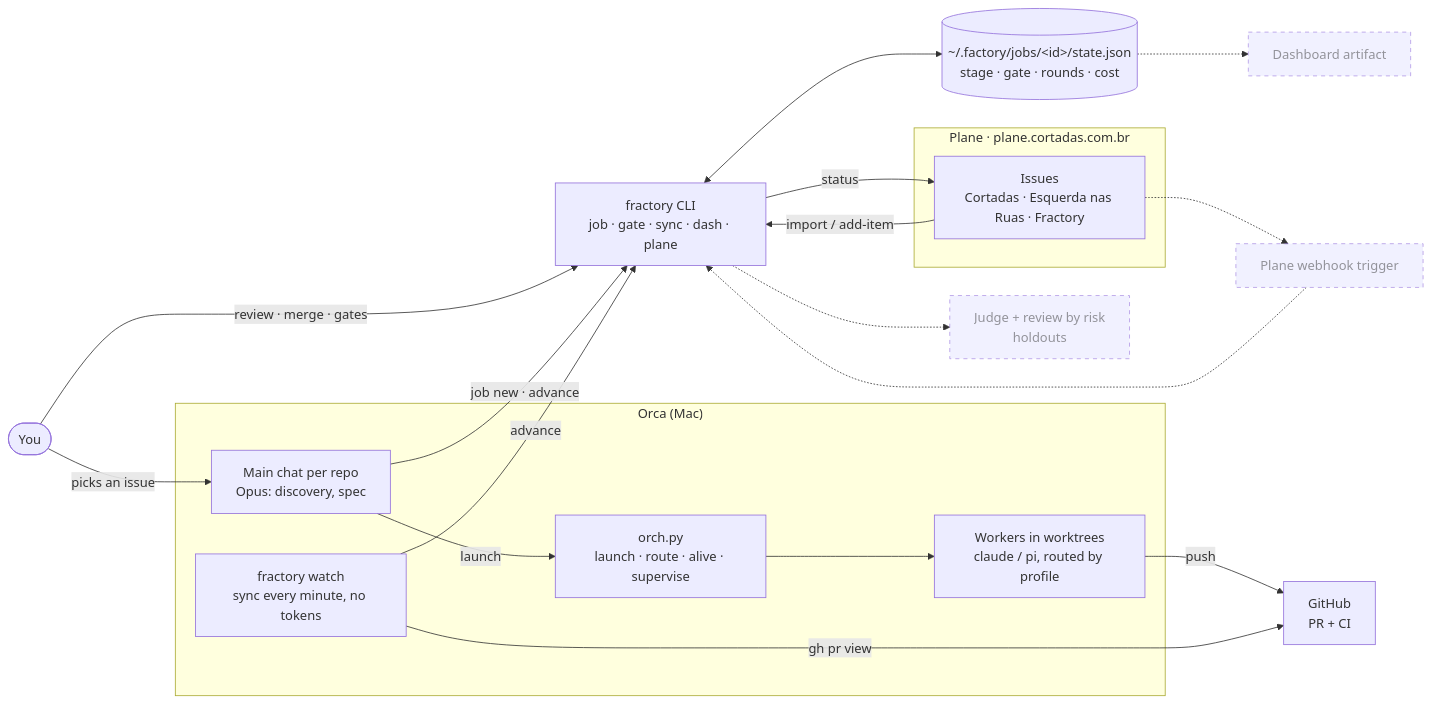
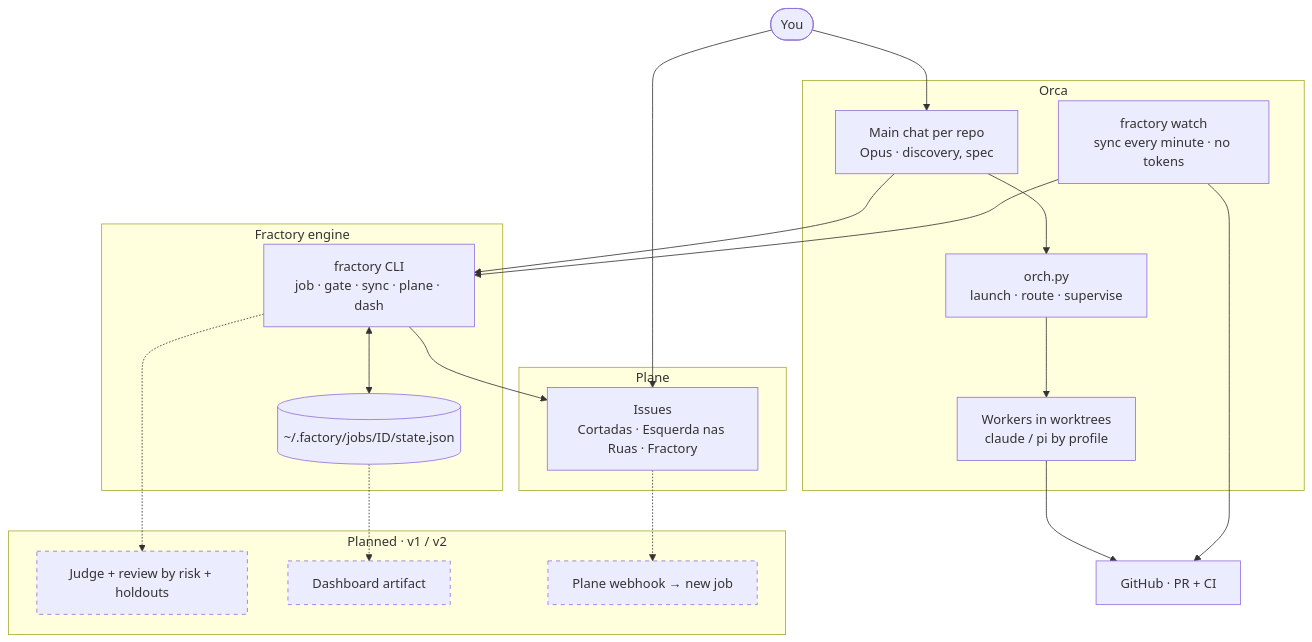
The diagram in README.md (frattezi/fractory), drawn with Mermaid before and after one commit. The commit also changed other lines of this file, not shown here.

Commit message:
README: redraw the pieces diagram top-down so it reads without zooming

````diff
--- a/README.md
+++ b/README.md
@@ -29,39 +29,44 @@
 ```mermaid
-flowchart LR
+flowchart TB
   you(["You"])
 
-  subgraph plane["Plane · plane.cortadas.com.br"]
+  subgraph track["Plane"]
     issues["Issues<br/>Cortadas · Esquerda nas Ruas · Fractory"]
   end
 
-  subgraph orca["Orca (Mac)"]
-    main["Main chat per repo<br/>Opus: discovery, spec"]
-    watch["fractory watch<br/>sync every minute, no tokens"]
-    workers["Workers in worktrees<br/>claude / pi, routed by profile"]
-    orch["orch.py<br/>launch · route · alive · supervise"]
+  subgraph orca["Orca"]
+    main["Main chat per repo<br/>Opus · discovery, spec"]
+    orch["orch.py<br/>launch · route · supervise"]
+    workers["Workers in worktrees<br/>claude / pi by profile"]
+    watch["fractory watch<br/>sync every minute · no tokens"]
   end
 
-  cli["fractory CLI<br/>job · gate · sync · dash · plane"]
-  state[("~/.factory/jobs/&lt;id&gt;/state.json<br/>stage · gate · rounds · cost")]
-  gh["GitHub<br/>PR + CI"]
+  subgraph engine["Fractory engine"]
+    cli["fractory CLI<br/>job · gate · sync · plane · dash"]
+    state[("~/.factory/jobs/ID/state.json")]
+  end
 
-  judge["Judge + review by risk<br/>holdouts"]:::planned
-  dash["Dashboard artifact"]:::planned
-  hook["Plane webhook trigger"]:::planned
+  gh["GitHub · PR + CI"]
 
-  you -->|picks an issue| main
-  issues -->|import / add-item| cli
-  main -->|job new · advance| cli
+  you --> issues
+  you --> main
+  main --> cli
+  main --> orch --> workers --> gh
+  watch --> gh
+  watch --> cli
   cli <--> state
-  main -->|launch| orch --> workers
-  workers -->|push| gh
-  watch -->|gh pr view| gh
-  watch -->|advance| cli
-  cli -->|status| issues
-  you -->|review · merge · gates| cli
+  cli --> issues
+
+  subgraph next["Planned · v1 / v2"]
+    judge["Judge + review by risk + holdouts"]
+    dash["Dashboard artifact"]
+    hook["Plane webhook → new job"]
+  end
+
   cli -.-> judge
   state -.-> dash
-  issues -.-> hook -.-> cli
+  issues -.-> hook
 
-  classDef planned stroke-dasharray: 5 5,opacity:.7
+  classDef planned stroke-dasharray: 5 5
+  class judge,dash,hook planned
 ```
````
